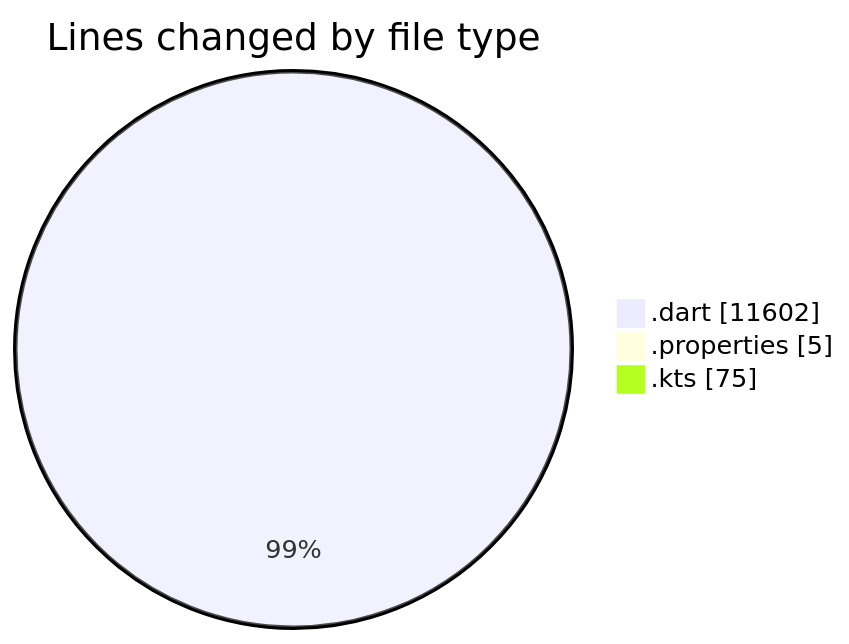
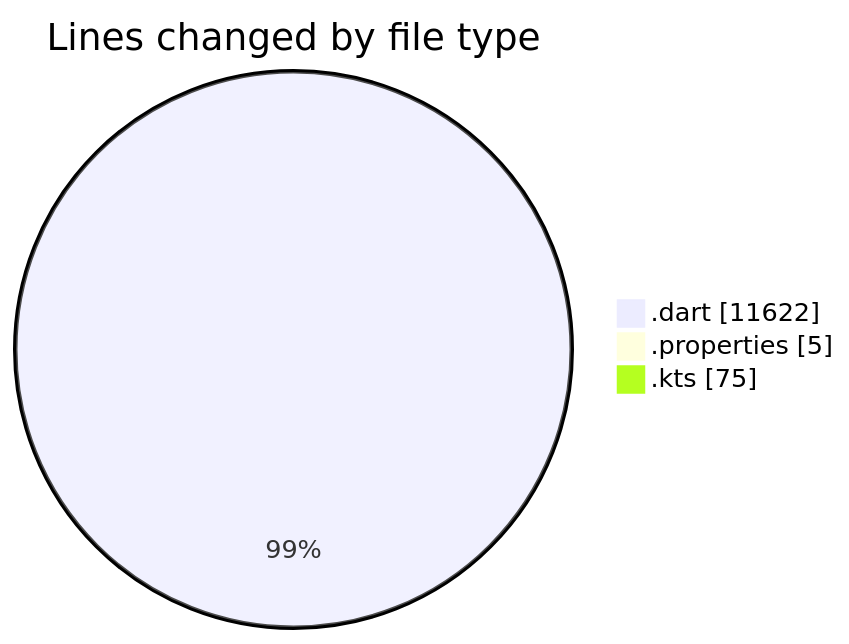
The first of 2 diagrams in 2025-08-25/studybuddy/README.md (lephambinh05/code-tracking), drawn with Mermaid before and after one commit. The commit also changed other lines of this file and 1 other file, not shown here.

````diff
--- a/2025-08-25/studybuddy/README.md
+++ b/2025-08-25/studybuddy/README.md
@@ -49,7 +49,7 @@
 ```mermaid
 pie showData
 title Lines changed by file type
-".dart" : 11602
+".dart" : 11622
 ".properties" : 5
 ".kts" : 75
 ```
````
